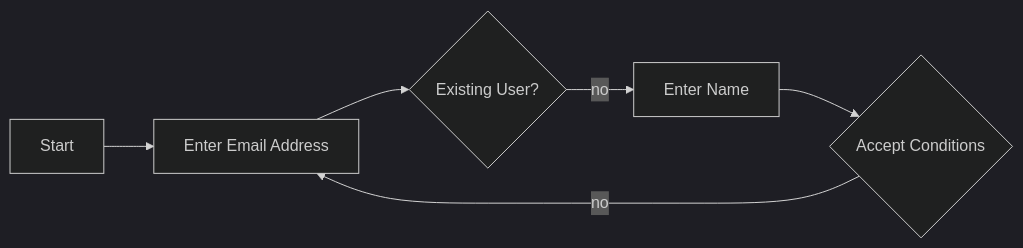
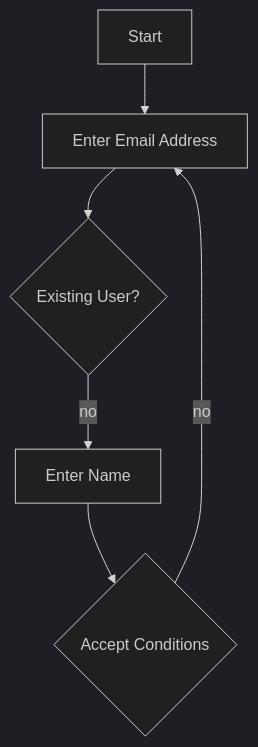
The diagram in README.md (DanielValenzuelaPerez/mermaid-demo), drawn with Mermaid (dark theme) before and after one commit. The commit also changed other lines of this file and 1 other file, not shown here.

Commit message:
Added sequence diagram

````diff
--- a/README.md
+++ b/README.md
@@ -1,15 +2,15 @@
 ```mermaid
-flowchart LR
+flowchart TD
     S[Start]
     A[Enter Email Address]
     B[Enter Name]
     C{Existing User?}
     D{Accept Conditions}
 
     S --> A
     A --> C
     C -->|no| B
     B --> D
     D -->|no| A
 
 ```
````
